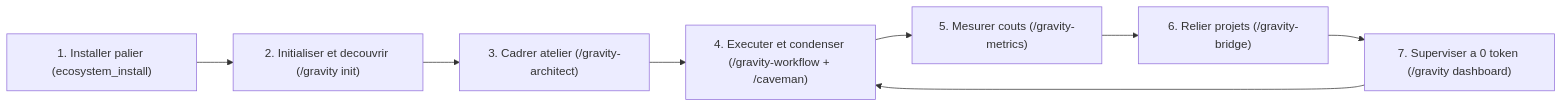
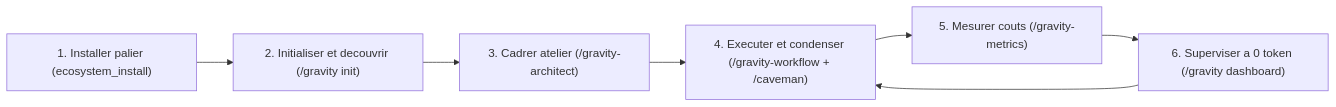
The diagram in docs/user-journey.md (BSourichanh/gravity), drawn with Mermaid before and after one commit. The commit also changed other lines of this file and 20 other files, not shown here.

````diff
--- a/docs/user-journey.md
+++ b/docs/user-journey.md
@@ -9,10 +9,9 @@
 ```mermaid
 flowchart LR
     P1["1. Installer palier (ecosystem_install)"] --> P2["2. Initialiser et decouvrir (/gravity init)"]
     P2 --> P3["3. Cadrer atelier (/gravity-architect)"]
     P3 --> P4["4. Executer et condenser (/gravity-workflow + /caveman)"]
     P4 --> P5["5. Mesurer couts (/gravity-metrics)"]
-    P5 --> P6["6. Relier projets (/gravity-bridge)"]
-    P6 --> P7["7. Superviser a 0 token (/gravity dashboard)"]
-    P7 --> P4
+    P5 --> P6["6. Superviser a 0 token (/gravity dashboard)"]
+    P6 --> P4
 ```
````
